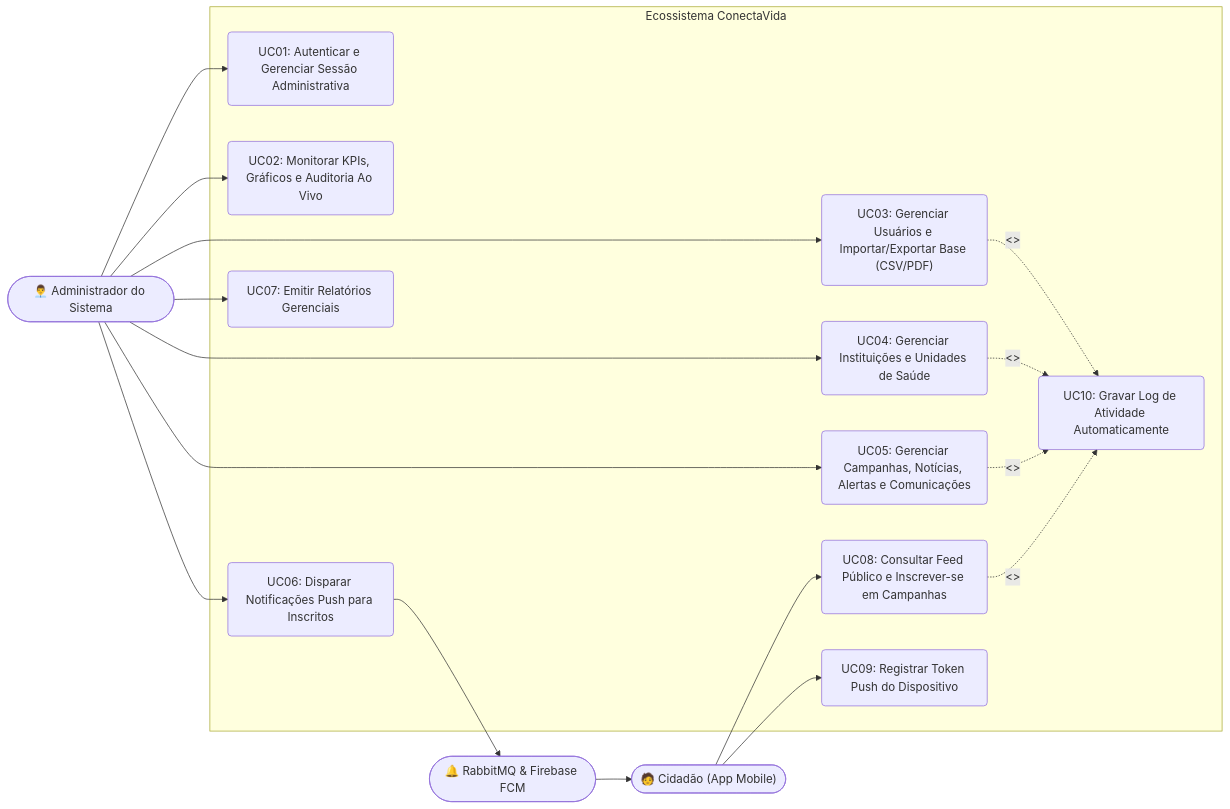
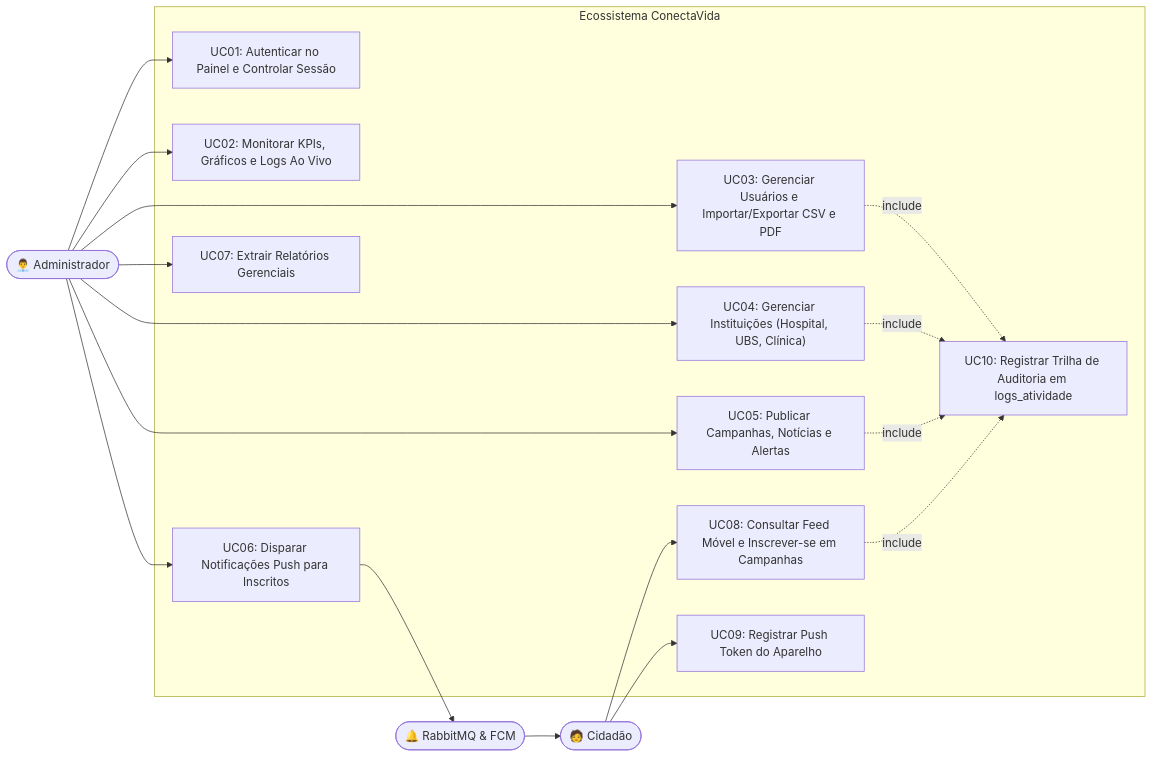
One commit to Conecta-Vida/Conecta-Vida-Documentacao changed the third of 3 diagrams in README.md. Above: the diagram before and after it, drawn with Mermaid. The commit also changed other lines of this file, not shown here.

````diff
--- a/README.md
+++ b/README.md
@@ -95,27 +132,29 @@
 ```mermaid
 flowchart LR
-    Admin(["👨‍💼 Administrador do Sistema"])
-    Cidadao(["🧑 Cidadão (App Mobile)"])
-    ServicosExternos(["🔔 RabbitMQ & Firebase FCM"])
+    Admin(["👨‍💼 Administrador"])
+    Cidadao(["🧑 Cidadão"])
+    Broker(["🔔 RabbitMQ & FCM"])
 
-    subgraph Ecossistema ["Ecossistema ConectaVida"]
-        UC01("UC01: Autenticar e Gerenciar Sessão Administrativa")
-        UC02("UC02: Monitorar KPIs, Gráficos e Auditoria Ao Vivo")
-        UC03("UC03: Gerenciar Usuários e Importar/Exportar Base (CSV/PDF)")
-        UC04("UC04: Gerenciar Instituições e Unidades de Saúde")
-        UC05("UC05: Gerenciar Campanhas, Notícias, Alertas e Comunicações")
-        UC06("UC06: Disparar Notificações Push para Inscritos")
-        UC07("UC07: Emitir Relatórios Gerenciais")
-        UC08("UC08: Consultar Feed Público e Inscrever-se em Campanhas")
-        UC09("UC09: Registrar Token Push do Dispositivo")
-        UC10("UC10: Gravar Log de Atividade Automaticamente")
+    subgraph ConectaVida ["Ecossistema ConectaVida"]
+        UC01["UC01: Autenticar no Painel e Controlar Sessão"]
+        UC02["UC02: Monitorar KPIs, Gráficos e Logs Ao Vivo"]
+        UC03["UC03: Gerenciar Usuários e Importar/Exportar CSV e PDF"]
+        UC04["UC04: Gerenciar Instituições (Hospital, UBS, Clínica)"]
+        UC05["UC05: Publicar Campanhas, Notícias e Alertas"]
+        UC06["UC06: Disparar Notificações Push para Inscritos"]
+        UC07["UC07: Extrair Relatórios Gerenciais"]
+        UC08["UC08: Consultar Feed Móvel e Inscrever-se em Campanhas"]
+        UC09["UC09: Registrar Push Token do Aparelho"]
+        UC10["UC10: Registrar Trilha de Auditoria em logs_atividade"]
     end
 
     Admin --> UC01 & UC02 & UC03 & UC04 & UC05 & UC06 & UC07
     Cidadao --> UC08 & UC09
+    UC06 --> Broker
+    Broker --> Cidadao
 
-    UC03 & UC04 & UC05 & UC08 -. "<<include>>" .-> UC10
-    UC06 --> ServicosExternos
-    ServicosExternos --> Cidadao
-
+    UC03 -. "include" .-> UC10
+    UC04 -. "include" .-> UC10
+    UC05 -. "include" .-> UC10
+    UC08 -. "include" .-> UC10
 ```
````
